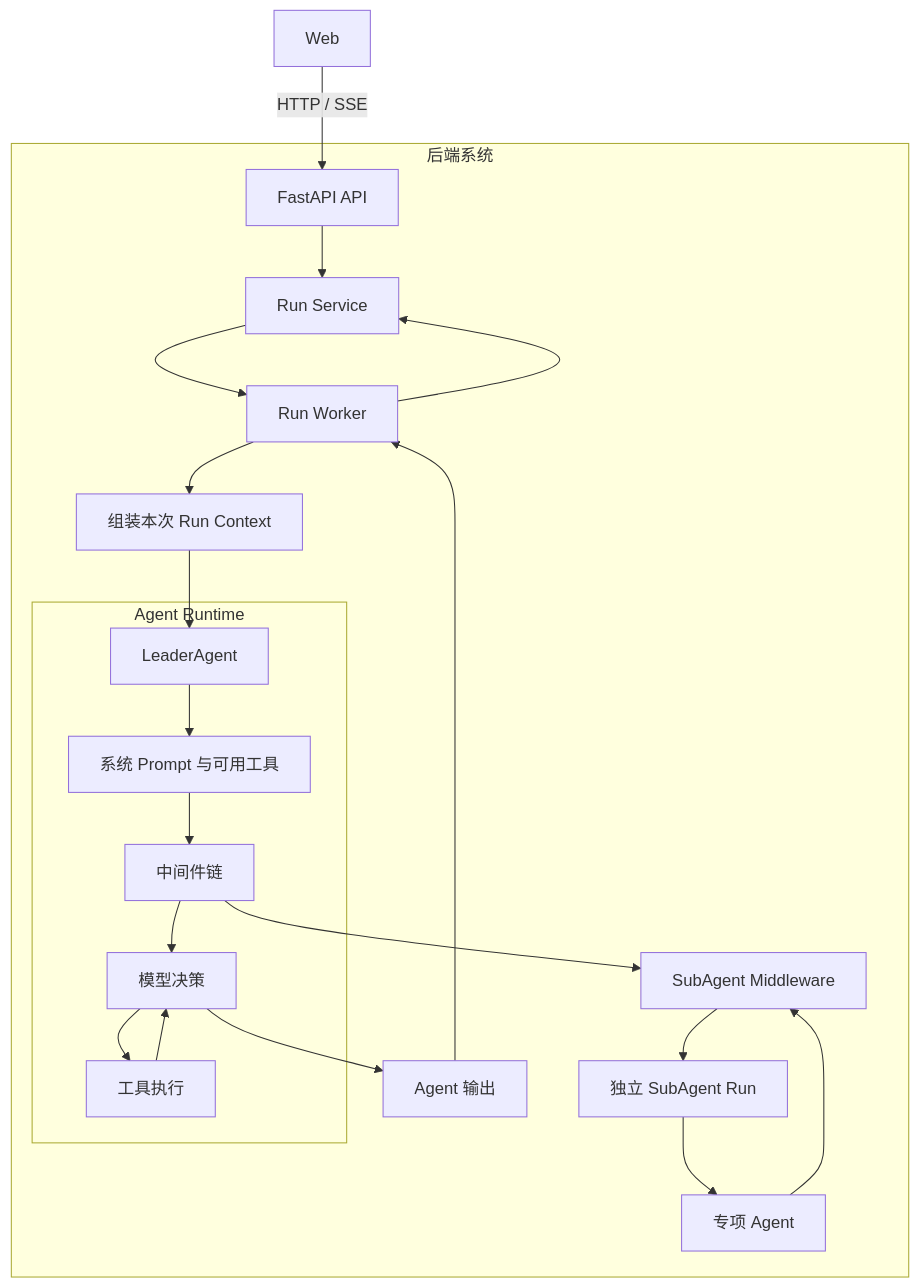
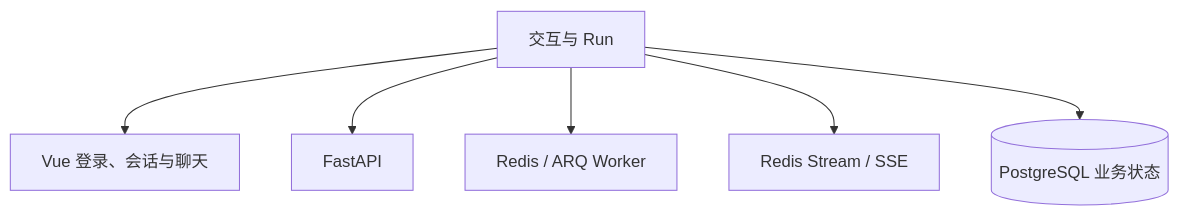
The first of 3 diagrams in README.md (Agent-Multiverse-Lab/agent-stack), drawn with Mermaid before and after one commit. The commit also changed other lines of this file, not shown here.

````diff
--- a/README.md
+++ b/README.md
@@ -144,28 +36,8 @@
 ```mermaid
 flowchart TB
-    Web[Web] -->|HTTP / SSE| API[FastAPI API]
-
-    subgraph Backend[后端系统]
-        API --> RunService[Run Service]
-        RunService --> Worker[Run Worker]
-        Worker --> Context[组装本次 Run Context]
-        Context --> Leader[LeaderAgent]
-
-        subgraph Runtime[Agent Runtime]
-            Leader --> Prompt[系统 Prompt 与可用工具]
-            Prompt --> Middleware[中间件链]
-            Middleware --> Model[模型决策]
-            Model --> Tool[工具执行]
-            Tool --> Model
-        end
-
-        Middleware --> Delegation[SubAgent Middleware]
-        Delegation --> ChildRun[独立 SubAgent Run]
-        ChildRun --> Specialized[专项 Agent]
-        Specialized --> Delegation
-
-        Model --> Result[Agent 输出]
-        Result --> Worker
-        Worker --> RunService
-    end
+    Run[交互与 Run] --> Web[Vue 登录、会话与聊天]
+    Run --> API[FastAPI]
+    Run --> Worker[Redis / ARQ Worker]
+    Run --> Events[Redis Stream / SSE]
+    Run --> PG[(PostgreSQL 业务状态)]
 ```
````
